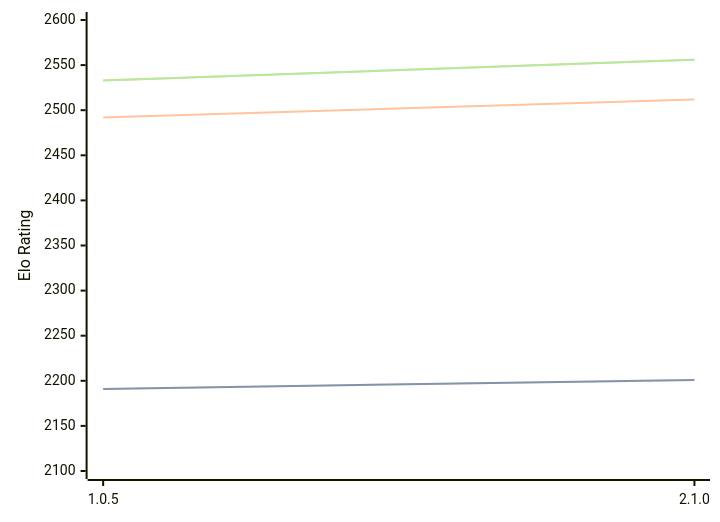
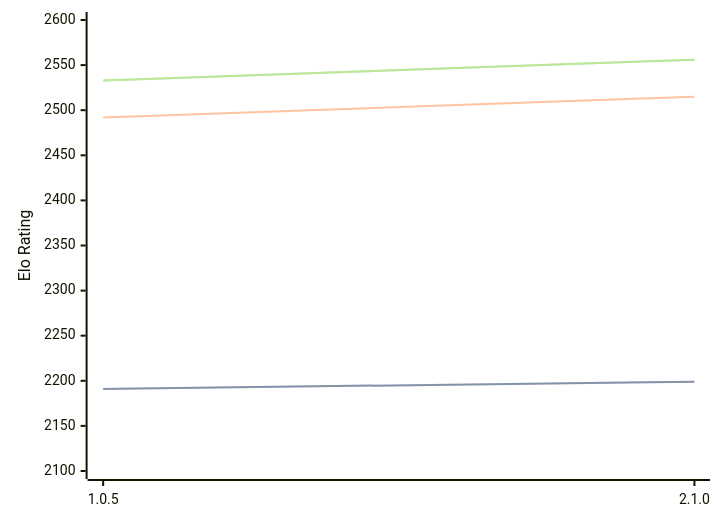
Before and after one commit to computer-chess-index/cci: the diagram in engines/Ruffian.md, drawn with Mermaid. The commit also changed other lines of this file, not shown here.

Commit message:
Update CCI Ratings (ELO VLTC) - 2026-03-04

````diff
--- a/engines/Ruffian.md
+++ b/engines/Ruffian.md
@@ -30,11 +30,11 @@
 ```mermaid
 %%{init: {"theme":"base","themeVariables":{"seriesColors:['#a3a3a3','#222221','#faa371']}}}%%
 xychart-beta
   x-axis ["1.0.5", "2.1.0"]
   y-axis "Elo Rating" 2100 --> 2600
-  line "STC (8.0+0.08s)" [2191, 2201]
-  line "STC (8.0+0.08s)" [2191, 2201]
-  line "LTC (60.0+0.60s)" [2492, 2512]
+  line "STC (8.0+0.08s)" [2191, 2199]
+  line "STC (8.0+0.08s)" [2191, 2199]
+  line "LTC (60.0+0.60s)" [2492, 2515]
   line "VLTC (2m24s+1.12s)" [2533, 2556]
   line "VLTC (2m24s+1.12s)" [2533, 2556]
 ```
````
